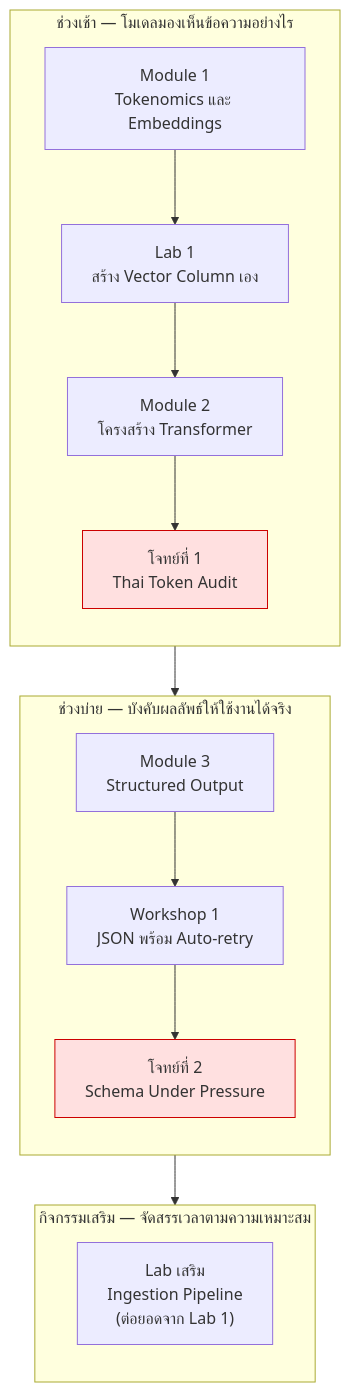
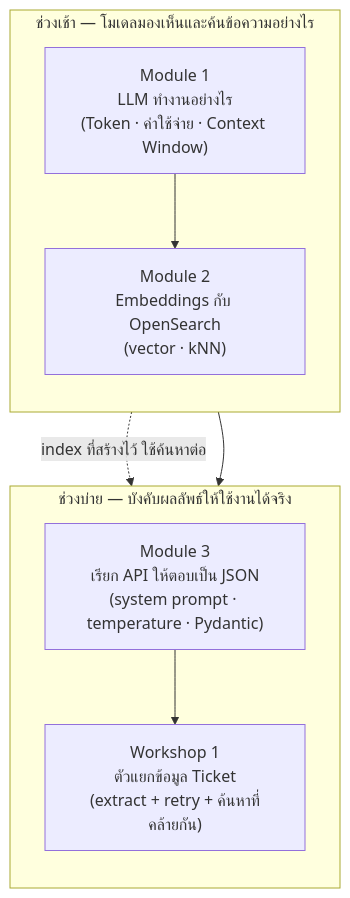
Before and after one commit to LLM-CE-KMITL/mcp-workshop: the diagram in INSTRUCTIONS/day1/00-day1-overview.md, drawn with Mermaid. The commit also changed other lines of this file and 45 other files, not shown here.

````diff
--- a/INSTRUCTIONS/day1/00-day1-overview.md
+++ b/INSTRUCTIONS/day1/00-day1-overview.md
@@ -9,27 +9,16 @@
 ```mermaid
 flowchart TD
-    subgraph M["ช่วงเช้า — โมเดลมองเห็นข้อความอย่างไร"]
+    subgraph M["ช่วงเช้า — โมเดลมองเห็นและค้นข้อความอย่างไร"]
         direction TB
-        M1["Module 1<br/>Tokenomics และ Embeddings"] --> M2["Lab 1<br/>สร้าง Vector Column เอง"]
-        M2 --> M3["Module 2<br/>โครงสร้าง Transformer"]
-        M3 --> M4["โจทย์ที่ 1<br/>Thai Token Audit"]
+        M1["Module 1<br/>LLM ทำงานอย่างไร<br/>(Token · ค่าใช้จ่าย · Context Window)"] --> M2["Module 2<br/>Embeddings กับ OpenSearch<br/>(vector · kNN)"]
     end
 
-    M4 --> A
+    M2 --> A
 
     subgraph A["ช่วงบ่าย — บังคับผลลัพธ์ให้ใช้งานได้จริง"]
         direction TB
-        A1["Module 3<br/>Structured Output"] --> A2["Workshop 1<br/>JSON พร้อม Auto-retry"]
-        A2 --> A3["โจทย์ที่ 2<br/>Schema Under Pressure"]
+        A1["Module 3<br/>เรียก API ให้ตอบเป็น JSON<br/>(system prompt · temperature · Pydantic)"] --> A2["Workshop 1<br/>ตัวแยกข้อมูล Ticket<br/>(extract + retry + ค้นหาที่คล้ายกัน)"]
     end
 
-    A --> L
-
-    subgraph L["กิจกรรมเสริม — จัดสรรเวลาตามความเหมาะสม"]
-        direction TB
-        L1["Lab เสริม<br/>Ingestion Pipeline<br/>(ต่อยอดจาก Lab 1)"]
-    end
-
-    style M4 fill:#ffe0e0,stroke:#c00
-    style A3 fill:#ffe0e0,stroke:#c00
+    M2 -.->|"index ที่สร้างไว้ ใช้ค้นหาต่อ"| A2
 ```
````
